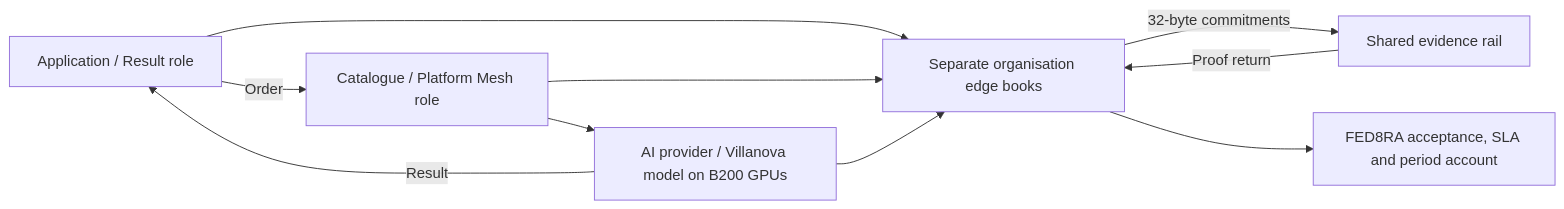
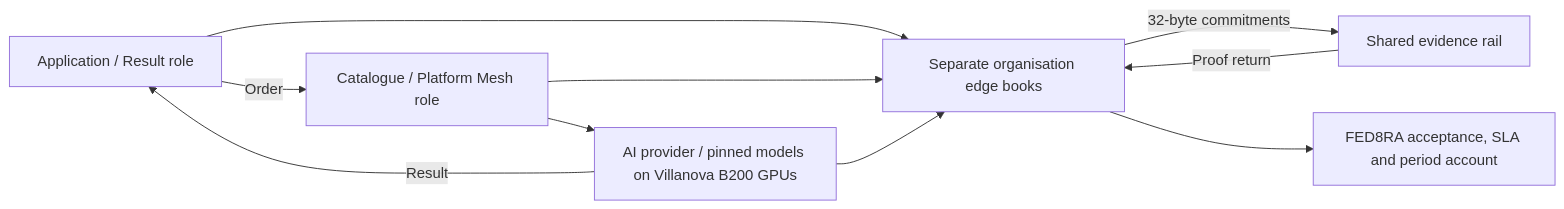
The diagram in README.md (hashnet-colab/fed8ra-lab), drawn with Mermaid before and after one commit. The commit also changed 1 other file, not shown here.

Commit message:
Record real GPU preflight and pending connected-run status

````diff
--- a/README.md
+++ b/README.md
@@ -23,12 +23,12 @@
 ```mermaid
 flowchart LR
     A[Application / Result role] -->|Order| P[Catalogue / Platform Mesh role]
-    P --> V[AI provider / Villanova model on B200 GPUs]
+    P --> V[AI provider / pinned models on Villanova B200 GPUs]
     V -->|Result| A
     A --> E[Separate organisation edge books]
     P --> E
     V --> E
     E -->|32-byte commitments| R[Shared evidence rail]
     R -->|Proof return| E
     E --> F[FED8RA acceptance, SLA and period account]
 ```
````
